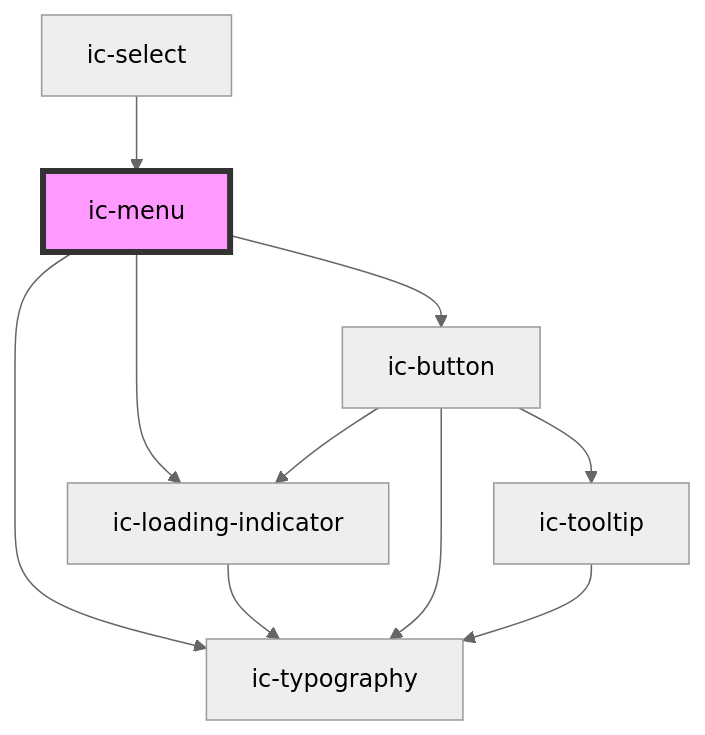
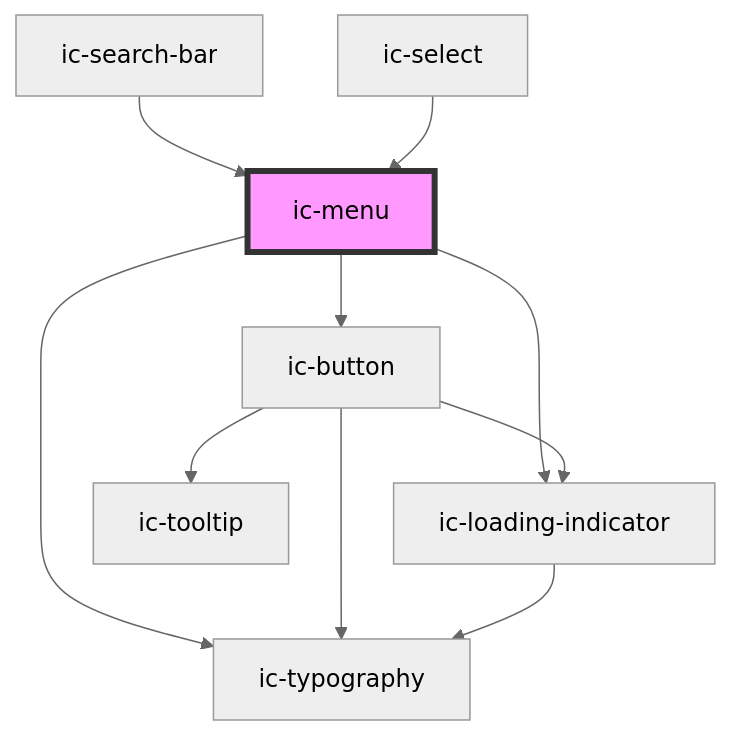
Before and after one commit to mi6/ic-ui-kit: the diagram in packages/web-components/src/components/ic-menu/readme.md, drawn with Mermaid (neutral theme). The commit also changed other lines of this file and 24 other files, not shown here.

````diff
--- a/packages/web-components/src/components/ic-menu/readme.md
+++ b/packages/web-components/src/components/ic-menu/readme.md
@@ -75,13 +78,13 @@
 ```mermaid
 graph TD;
+  ic-menu --> ic-button
   ic-menu --> ic-loading-indicator
   ic-menu --> ic-typography
-  ic-menu --> ic-button
-  ic-loading-indicator --> ic-typography
+  ic-search-bar --> ic-menu
+  ic-select --> ic-menu
   ic-button --> ic-typography
   ic-button --> ic-loading-indicator
   ic-button --> ic-tooltip
-  ic-tooltip --> ic-typography
-  ic-select --> ic-menu
+  ic-loading-indicator --> ic-typography
   style ic-menu fill:#f9f,stroke:#333,stroke-width:4px
 ```
````
